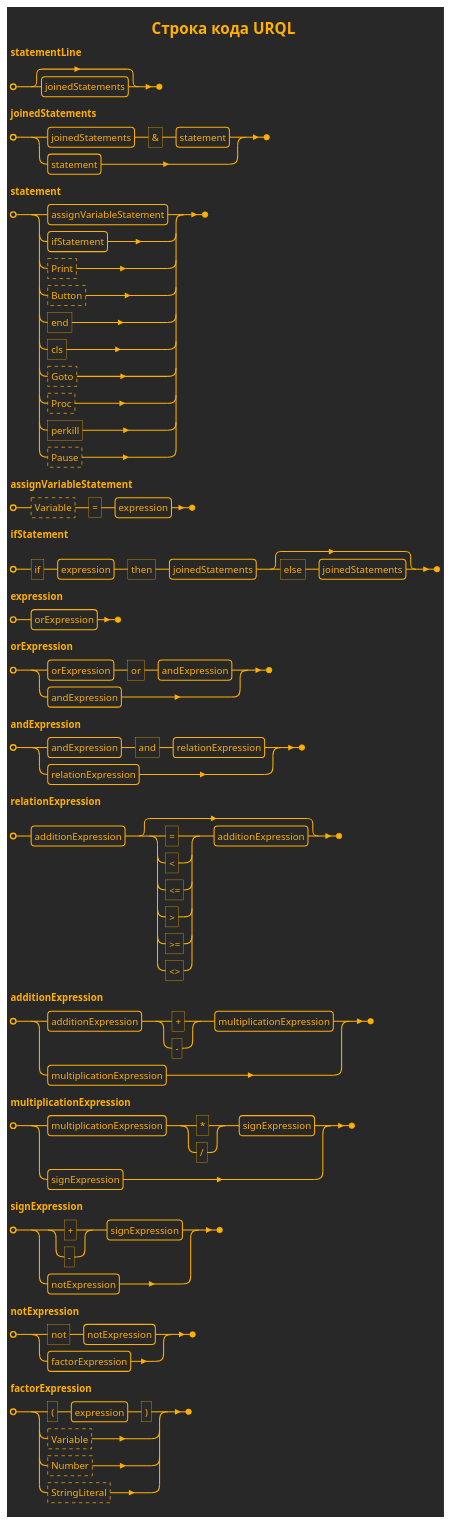
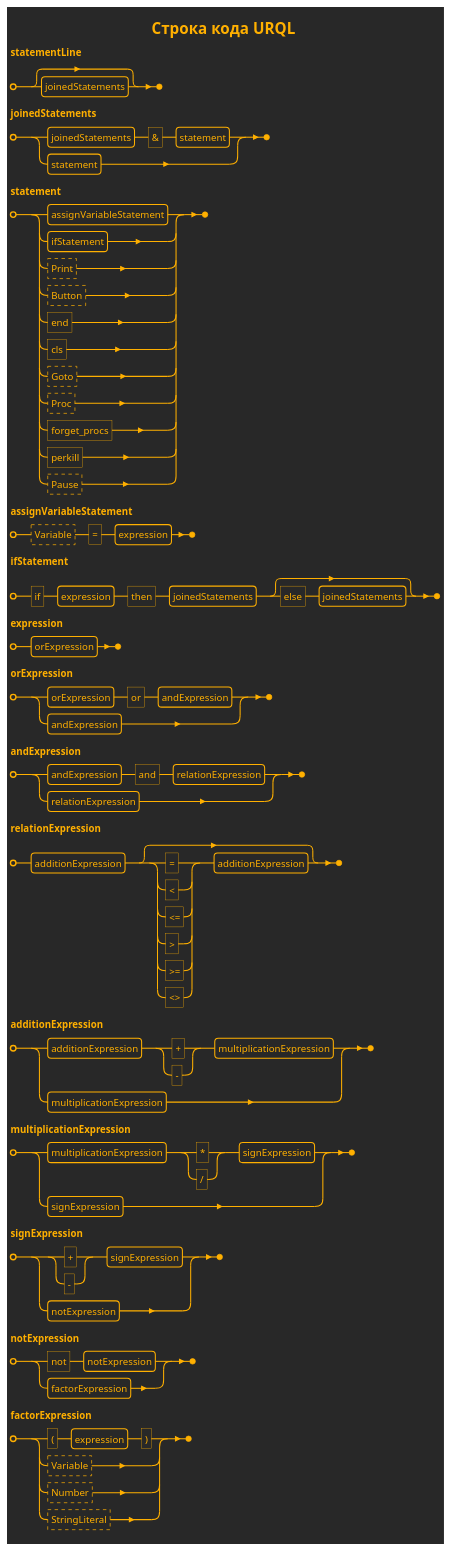
One commit to realsonic/MURQ changed the first of 13 diagrams in Domain/MURQ.Domain/URQL/docs/URQL Lines Syntax.md. Above: the diagram before and after it, drawn with PlantUML. The commit also changed 1 other file, not shown here.

Commit message:
doc(#156): `forget_procs` добавлен в синтаксис

````diff
--- a/Domain/MURQ.Domain/URQL/docs/URQL Lines Syntax.md
+++ b/Domain/MURQ.Domain/URQL/docs/URQL Lines Syntax.md
@@ -2,64 +2,65 @@
 ```plantuml
 @startebnf URQL Line
 !theme crt-amber
 ' skinparam monochrome reverse
 
 title Строка кода URQL
 
 statementLine = [ joinedStatements ];
 
 joinedStatements = 
       joinedStatements, '&', statement
     | statement;
 
 statement =
     assignVariableStatement
   | ifStatement
   | ?Print?
   | ?Button?
   | 'end'
   | 'cls'
   | ?Goto?
   | ?Proc?
+  | 'forget_procs'
   | 'perkill'
   | ?Pause?;
 
 assignVariableStatement = ?Variable?,  '=', expression;
 
 ifStatement = 'if', expression, 'then', joinedStatements, [ 'else', joinedStatements ];
 
 expression = orExpression;
 
 orExpression =
     orExpression, 'or', andExpression
   | andExpression;
 
 andExpression =
     andExpression, 'and', relationExpression
   | relationExpression;
 
 relationExpression = additionExpression, [ ( '=' | '<' | '<=' | '>' | '>=' | '<>' ), additionExpression ];
 
 additionExpression =
     additionExpression, ( '+' | '-' ), multiplicationExpression
   | multiplicationExpression;
 
 multiplicationExpression =
     multiplicationExpression, ( '*' | "/" ), signExpression
   | signExpression;
 
 signExpression =
     ( '+' | '-' ), signExpression
   | notExpression;
 
 notExpression =
     ( 'not' ), notExpression
   | factorExpression;
 
 factorExpression =
     ( '(', expression, ')' )
   | ?Variable?
   | ?Number?
   | ?StringLiteral?;
 @endebnf
 ```
````
